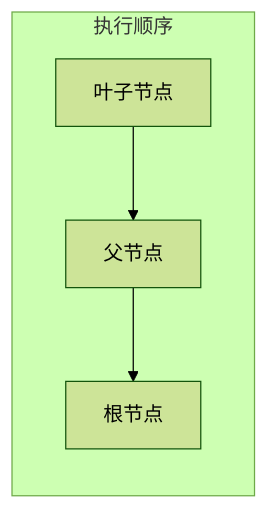
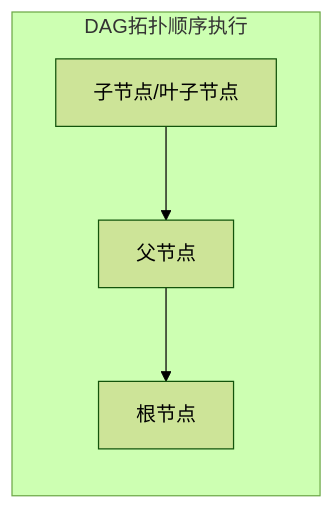
Before and after one commit to Org-GAgent/result-interpreter: the third of 7 diagrams in app/services/interpreter/docs/interpreter_workflow.md, drawn with Mermaid (forest theme). The commit also changed other lines of this file and 9 other files, not shown here.

````diff
--- a/app/services/interpreter/docs/interpreter_workflow.md
+++ b/app/services/interpreter/docs/interpreter_workflow.md
@@ -106,7 +156,7 @@
 ```mermaid
 flowchart LR
-    subgraph 执行顺序
-        L1[叶子节点] --> L2[父节点]
+    subgraph DAG拓扑顺序执行
+        L1[子节点/叶子节点] --> L2[父节点]
         L2 --> L3[根节点]
     end
 ```
````
